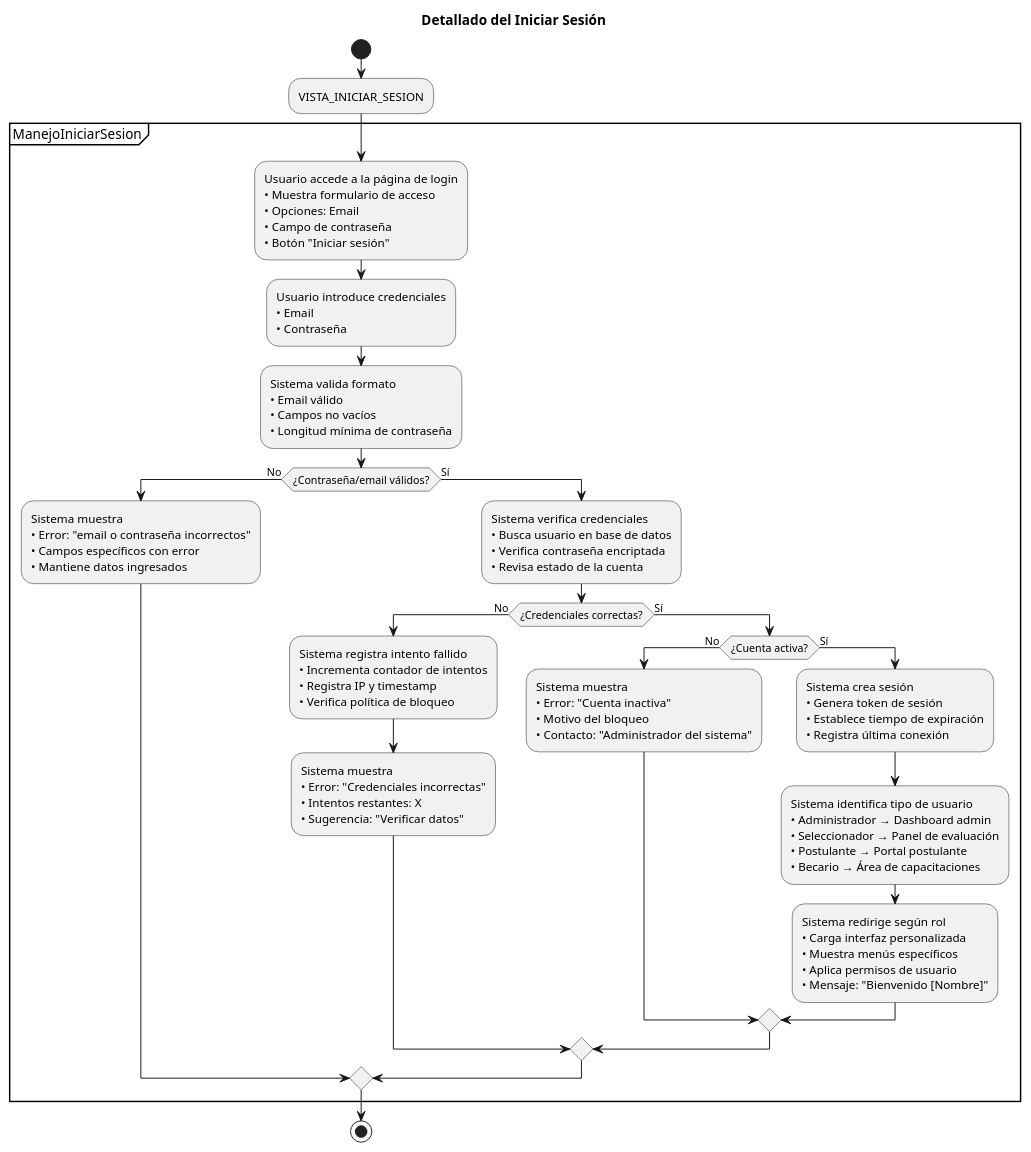
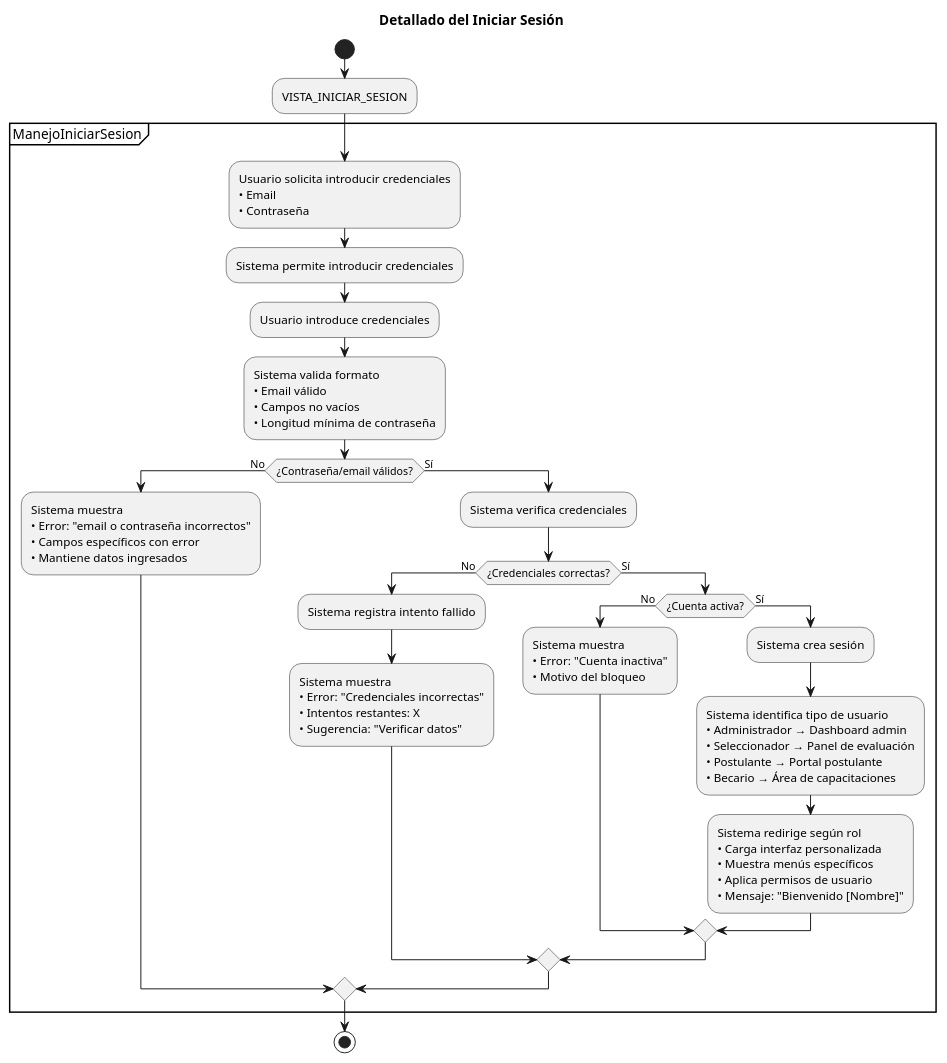
The diagram in casos_de_uso/diagramas_casos_de_uso_detallados/iniciar_sesion.puml (Dievex/24-25-IdSw1-SDR), drawn with PlantUML before and after one commit.

Commit message:
refactor(login_diagram): simplify detailed login use case diagram

```diff
--- a/casos_de_uso/diagramas_casos_de_uso_detallados/iniciar_sesion.puml
+++ b/casos_de_uso/diagramas_casos_de_uso_detallados/iniciar_sesion.puml
@@ -1,87 +1,73 @@
 @startuml
 title Detallado del Iniciar Sesión
 
 start
 
 :VISTA_INICIAR_SESION;
 
 partition ManejoIniciarSesion {
-  
-  :Usuario accede a la página de login
-  • Muestra formulario de acceso
-  • Opciones: Email
-  • Campo de contraseña
-  • Botón "Iniciar sesión";
 
   
-  :Usuario introduce credenciales
+  :Usuario solicita introducir credenciales
   • Email 
   • Contraseña;
  
+  :Sistema permite introducir credenciales;
+
+  :Usuario introduce credenciales;
   
   :Sistema valida formato
   • Email válido
   • Campos no vacíos
   • Longitud mínima de contraseña;
   
   if (¿Contraseña/email válidos?) then (No)
     :Sistema muestra
     • Error: "email o contraseña incorrectos"
     • Campos específicos con error
     • Mantiene datos ingresados;
     
   else (Sí)
-    :Sistema verifica credenciales
-    • Busca usuario en base de datos
-    • Verifica contraseña encriptada
-    • Revisa estado de la cuenta;
+    :Sistema verifica credenciales;
     
     if (¿Credenciales correctas?) then (No)
-      :Sistema registra intento fallido
-      • Incrementa contador de intentos
-      • Registra IP y timestamp
-      • Verifica política de bloqueo;
+      :Sistema registra intento fallido;
       
       
       :Sistema muestra
       • Error: "Credenciales incorrectas"
       • Intentos restantes: X
       • Sugerencia: "Verificar datos";
     
       
     else (Sí)
       if (¿Cuenta activa?) then (No)
         :Sistema muestra
         • Error: "Cuenta inactiva"
-        • Motivo del bloqueo
-        • Contacto: "Administrador del sistema";
+        • Motivo del bloqueo;
         
       else (Sí)
-        :Sistema crea sesión
-        • Genera token de sesión
-        • Establece tiempo de expiración
-        • Registra última conexión;
-       
+        :Sistema crea sesión;
         
         :Sistema identifica tipo de usuario
         • Administrador → Dashboard admin
         • Seleccionador → Panel de evaluación
         • Postulante → Portal postulante
         • Becario → Área de capacitaciones;
         
         :Sistema redirige según rol
         • Carga interfaz personalizada
         • Muestra menús específicos
         • Aplica permisos de usuario
         • Mensaje: "Bienvenido [Nombre]";
         
       endif
       
     endif
     
   endif
   
 }
 
 stop
 @enduml
```
